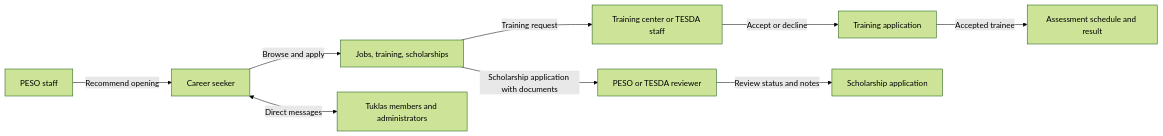
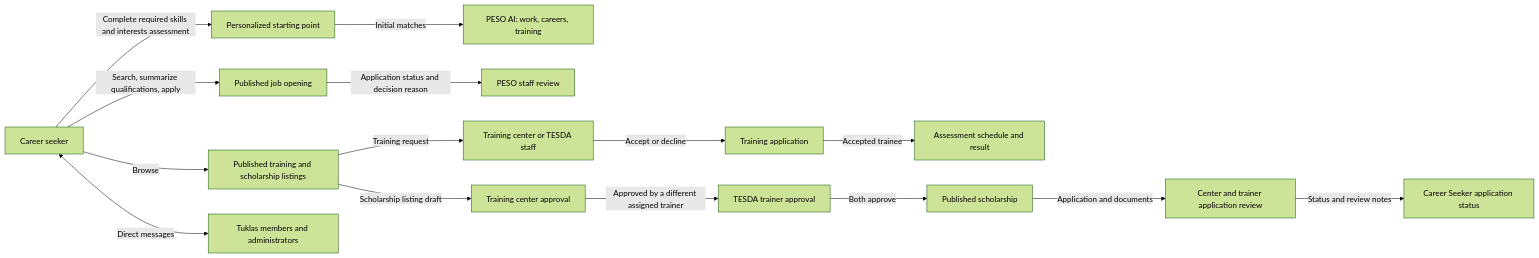
Before and after one commit to myteam100ovr-pixel/Tuklas: the first of 4 diagrams in README.md, drawn with Mermaid (forest theme). The commit also changed other lines of this file and 9 other files, not shown here.

Commit message:
Update mobile career paths and release notes

````diff
--- a/README.md
+++ b/README.md
@@ -49,11 +75,17 @@
 ```mermaid
 flowchart LR
-    SEEKER[Career seeker] -->|Browse and apply| CATALOG[Jobs, training, scholarships]
+    SEEKER[Career seeker] -->|Complete required skills and interests assessment| ASSESSMENT[Personalized starting point]
+    ASSESSMENT -->|Initial matches| PESOAI[PESO AI: work, careers, training]
+    SEEKER -->|Browse| CATALOG[Published training and scholarship listings]
+    SEEKER -->|Search, summarize qualifications, apply| JOB[Published job opening]
+    JOB -->|Application status and decision reason| PESO[PESO staff review]
     CATALOG -->|Training request| CENTER[Training center or TESDA staff]
     CENTER -->|Accept or decline| REQUEST[Training application]
     REQUEST -->|Accepted trainee| ASSESS[Assessment schedule and result]
-    CATALOG -->|Scholarship application with documents| STAFF[PESO or TESDA reviewer]
-    STAFF -->|Review status and notes| SCHOLARSHIP[Scholarship application]
-    PESO[PESO staff] -->|Recommend opening| SEEKER
+    CATALOG -->|Scholarship listing draft| CENTERLIST[Training center approval]
+    CENTERLIST -->|Approved by a different assigned trainer| TRAINERLIST[TESDA trainer approval]
+    TRAINERLIST -->|Both approve| PUBLIC[Published scholarship]
+    PUBLIC -->|Application and documents| APPREVIEW[Center and trainer application review]
+    APPREVIEW -->|Status and review notes| SCHOLARSHIP[Career Seeker application status]
     SEEKER <-->|Direct messages| MEMBERS[Tuklas members and administrators]
 ```
````
